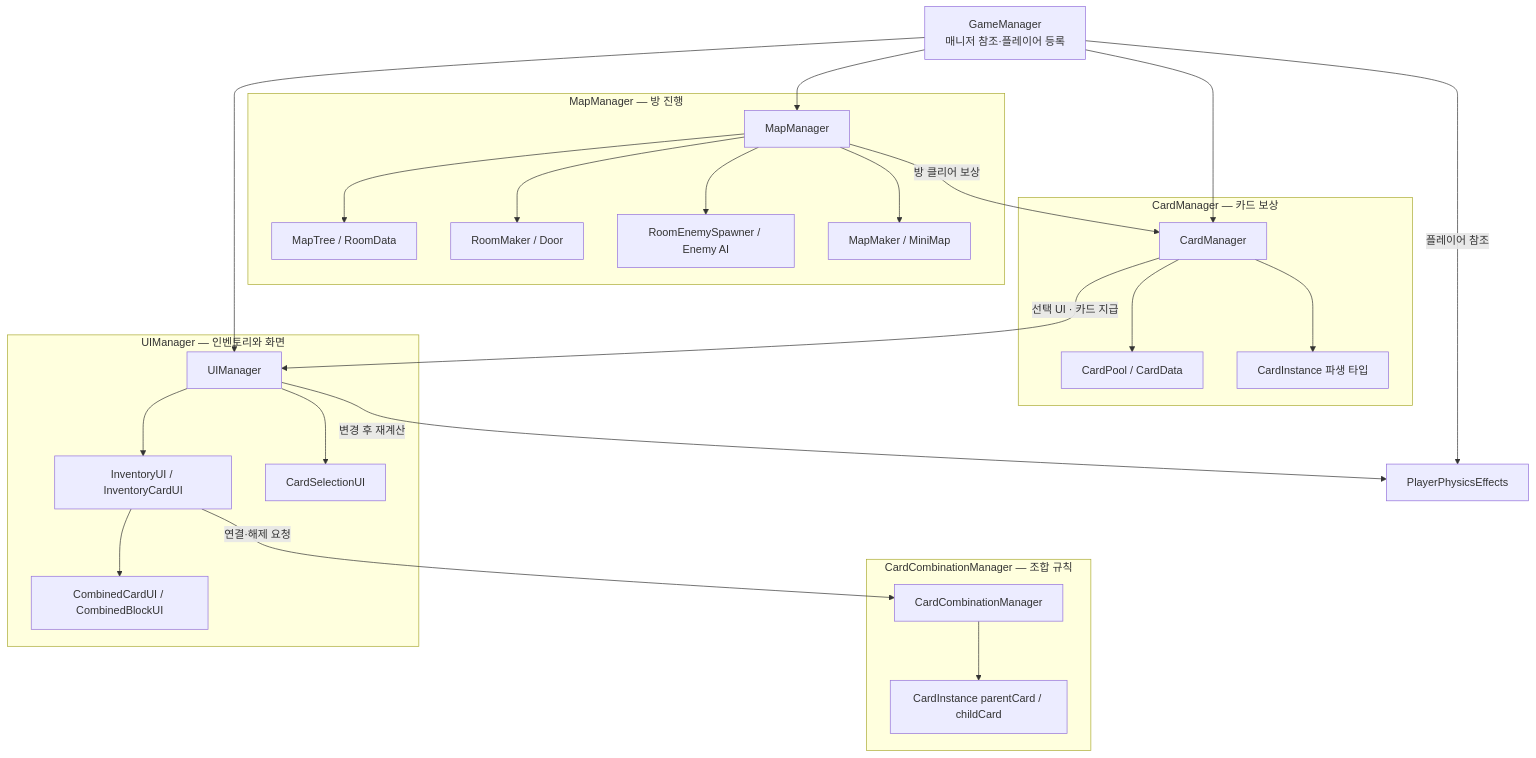
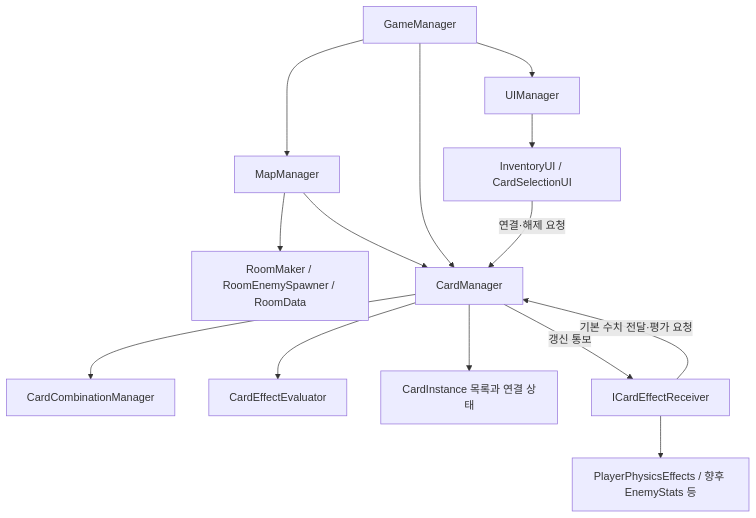
One commit to junsik316/PatchNote changed the first of 2 diagrams in docs/ARCHITECTURE.md. Above: the diagram before and after it, drawn with Mermaid. The commit also changed other lines of this file, not shown here.

````diff
--- a/docs/ARCHITECTURE.md
+++ b/docs/ARCHITECTURE.md
@@ -23,44 +18,16 @@
 ```mermaid
 flowchart TB
-    GM[GameManager\n매니저 참조·플레이어 등록]
-    subgraph MAP[MapManager — 방 진행]
-        MM[MapManager]
-        MT[MapTree / RoomData]
-        RM[RoomMaker / Door]
-        ES[RoomEnemySpawner / Enemy AI]
-        MP[MapMaker / MiniMap]
-        MM --> MT
-        MM --> RM
-        MM --> ES
-        MM --> MP
-    end
-    subgraph CARD[CardManager — 카드 보상]
-        CM[CardManager]
-        CD[CardPool / CardData]
-        CI[CardInstance 파생 타입]
-        CM --> CD
-        CM --> CI
-    end
-    subgraph COMBO[CardCombinationManager — 조합 규칙]
-        CC[CardCombinationManager]
-        CH[CardInstance parentCard / childCard]
-        CC --> CH
-    end
-    subgraph UI[UIManager — 인벤토리와 화면]
-        UM[UIManager]
-        IV[InventoryUI / InventoryCardUI]
-        BL[CombinedCardUI / CombinedBlockUI]
-        SEL[CardSelectionUI]
-        UM --> IV
-        IV --> BL
-        UM --> SEL
-    end
-    GM --> MM
-    GM --> CM
-    GM --> UM
-    MM -->|방 클리어 보상| CM
-    CM -->|선택 UI · 카드 지급| UM
-    IV -->|연결·해제 요청| CC
-    UM -->|변경 후 재계산| PE[PlayerPhysicsEffects]
-    GM -->|플레이어 참조| PE
+  GM[GameManager] --> MM[MapManager]
+  GM --> CM[CardManager]
+  GM --> UM[UIManager]
+  MM --> RM[RoomMaker / RoomEnemySpawner / RoomData]
+  MM --> CM
+  UM --> INV[InventoryUI / CardSelectionUI]
+  INV -->|연결·해제 요청| CM
+  CM --> COMBO[CardCombinationManager]
+  CM --> EVAL[CardEffectEvaluator]
+  CM --> STATE[CardInstance 목록과 연결 상태]
+  CM -->|갱신 통보| REC[ICardEffectReceiver]
+  REC -->|기본 수치 전달·평가 요청| CM
+  REC --> PLAYER[PlayerPhysicsEffects / 향후 EnemyStats 등]
 ```
````
